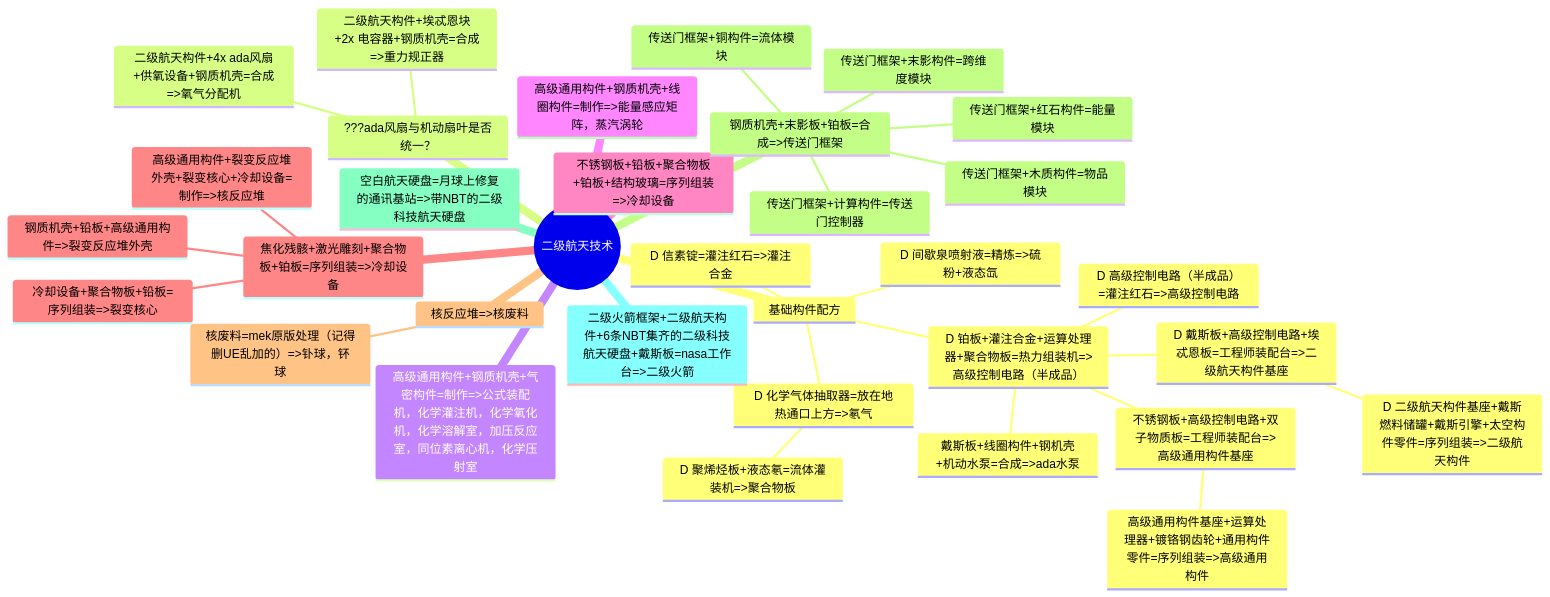
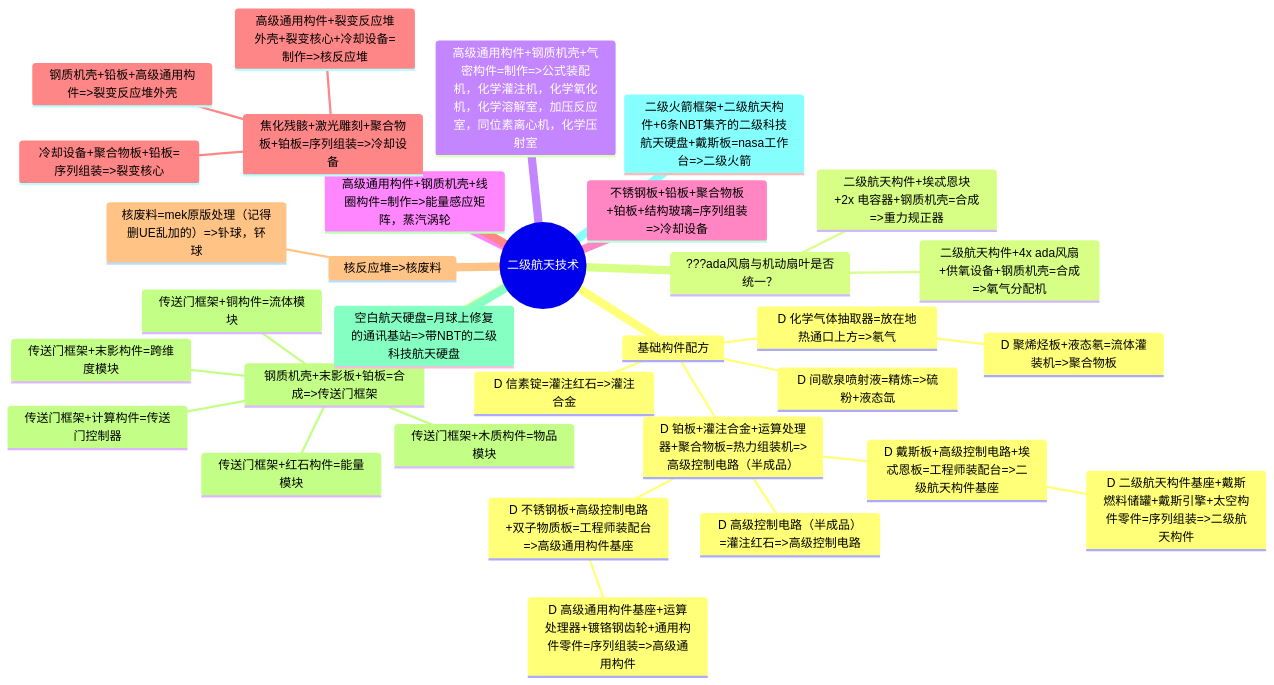
Before and after one commit to VechniMetel/CodeNameCIM2: the second of 4 diagrams in Developer/TechTreeMap.md, drawn with Mermaid. The commit also changed 48 other files, not shown here.

````diff
--- a/Developer/TechTreeMap.md
+++ b/Developer/TechTreeMap.md
@@ -45,36 +45,35 @@
 ``` mermaid
 mindmap
     root((二级航天技术))
         基础构件配方
             D 信素锭=灌注红石=>灌注合金
             D 间歇泉喷射液=精炼=>硫粉+液态氙
             D 化学气体抽取器=放在地热通口上方=>氡气
                 D 聚烯烃板+液态氡=流体灌装机=>聚合物板
             D 铂板+灌注合金+运算处理器+聚合物板=热力组装机=>高级控制电路（半成品）
                 D 高级控制电路（半成品）=灌注红石=>高级控制电路
                 D 戴斯板+高级控制电路+埃忒恩板=工程师装配台=>二级航天构件基座
                     D 二级航天构件基座+戴斯燃料储罐+戴斯引擎+太空构件零件=序列组装=>二级航天构件
-                不锈钢板+高级控制电路+双子物质板=工程师装配台=>高级通用构件基座
-                    高级通用构件基座+运算处理器+镀铬钢齿轮+通用构件零件=序列组装=>高级通用构件
-                戴斯板+线圈构件+钢机壳+机动水泵=合成=>ada水泵
+                D 不锈钢板+高级控制电路+双子物质板=工程师装配台=>高级通用构件基座
+                    D 高级通用构件基座+运算处理器+镀铬钢齿轮+通用构件零件=序列组装=>高级通用构件
         ???ada风扇与机动扇叶是否统一？
             二级航天构件+4x ada风扇+供氧设备+钢质机壳=合成=>氧气分配机
             二级航天构件+埃忒恩块+2x 电容器+钢质机壳=合成=>重力规正器
         高级通用构件+钢质机壳+气密构件=制作=>公式装配机，化学灌注机，化学氧化机，化学溶解室，加压反应室，同位素离心机，化学压射室
         高级通用构件+钢质机壳+线圈构件=制作=>能量感应矩阵，蒸汽涡轮
         不锈钢板+铅板+聚合物板+铂板+结构玻璃=序列组装=>冷却设备
         焦化残骸+激光雕刻+聚合物板+铂板=序列组装=>冷却设备
             冷却设备+聚合物板+铅板=序列组装=>裂变核心
             钢质机壳+铅板+高级通用构件=>裂变反应堆外壳
             高级通用构件+裂变反应堆外壳+裂变核心+冷却设备=制作=>核反应堆
         核反应堆=>核废料
             核废料=mek原版处理（记得删UE乱加的）=>钋球，钚球
         钢质机壳+末影板+铂板=合成=>传送门框架
             传送门框架+计算构件=传送门控制器
             传送门框架+木质构件=物品模块
             传送门框架+铜构件=流体模块
             传送门框架+红石构件=能量模块
             传送门框架+末影构件=跨维度模块
         空白航天硬盘=月球上修复的通讯基站=>带NBT的二级科技航天硬盘
         二级火箭框架+二级航天构件+6条NBT集齐的二级科技航天硬盘+戴斯板=nasa工作台=>二级火箭
 ```
````
